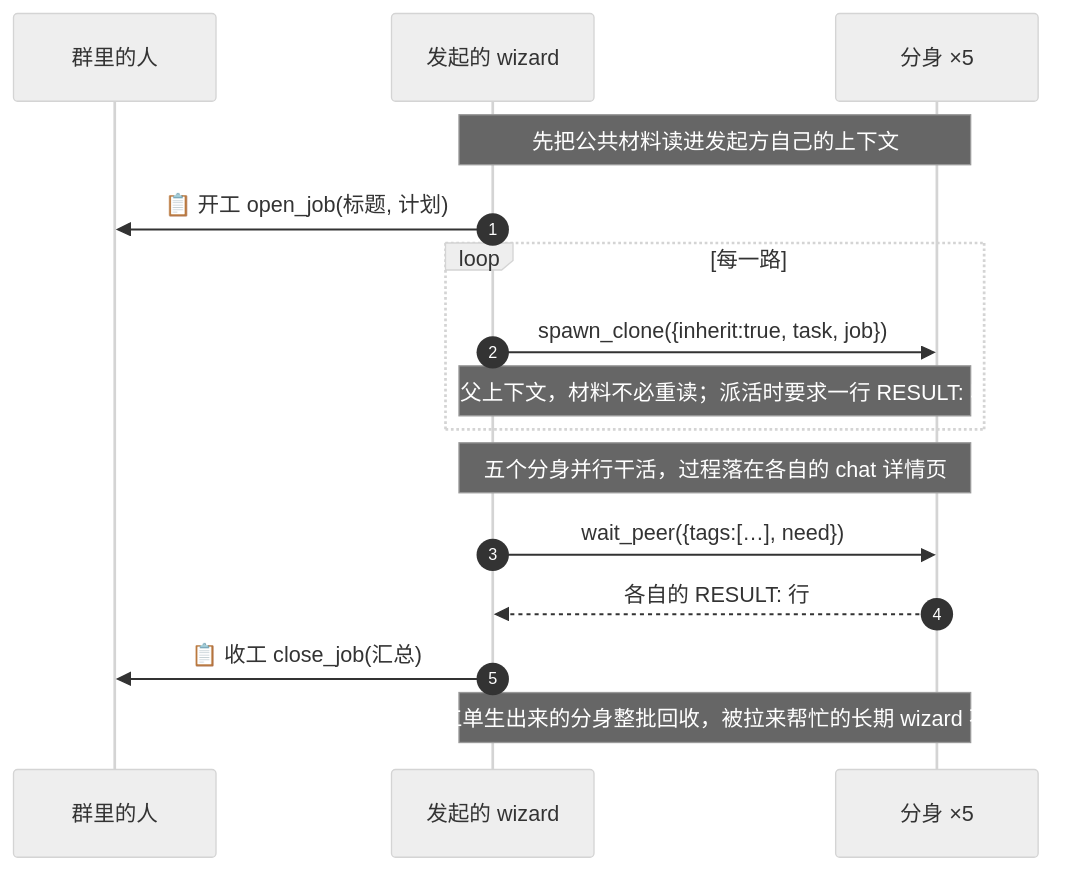
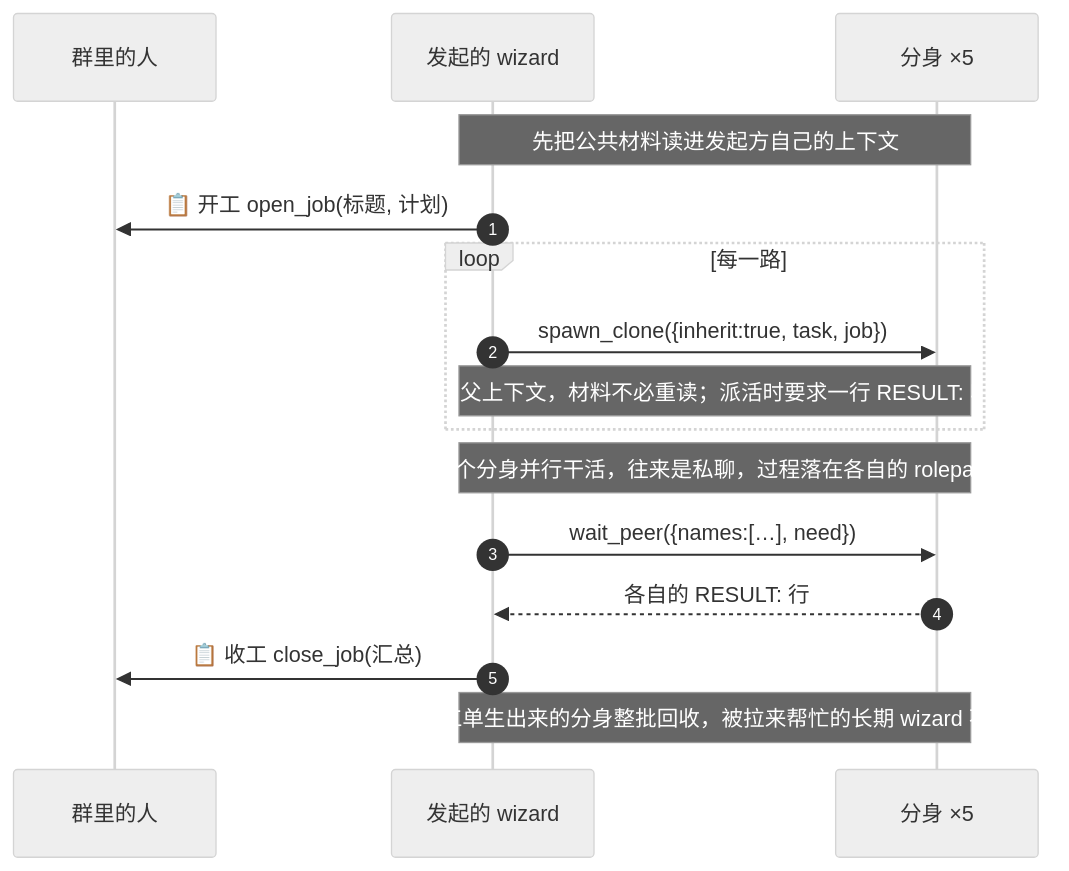
The fifth of 5 diagrams in README.md (guxi11/wezard), drawn with Mermaid (neutral theme) before and after one commit. The commit also changed other lines of this file and 28 other files, not shown here.

First line of the commit message:
feat(wizard)!: 全局唯一名字 .name、公开/私聊频道、chat 详情页 → rolepage

````diff
--- a/README.md
+++ b/README.md
@@ -264,19 +319,19 @@
 ```mermaid
 sequenceDiagram
     autonumber
     participant U as 群里的人
     participant W as 发起的 wizard
     participant K as 分身 ×5
 
     Note over W,K: 先把公共材料读进发起方自己的上下文
     W->>U: 📋 开工 open_job(标题, 计划)
     loop 每一路
         W->>K: spawn_clone({inherit:true, task, job})
         Note over W,K: fork 父上下文，材料不必重读；派活时要求一行 RESULT: 收口
     end
-    Note over W,K: 五个分身并行干活，过程落在各自的 chat 详情页
-    W->>K: wait_peer({tags:[…], need})
+    Note over W,K: 五个分身并行干活，往来是私聊，过程落在各自的 rolepage
+    W->>K: wait_peer({names:[…], need})
     K-->>W: 各自的 RESULT: 行
     W->>U: 📋 收工 close_job(汇总)
     Note over W,K: 为这个工单生出来的分身整批回收，被拉来帮忙的长期 wizard 不在其列
 ```
````
